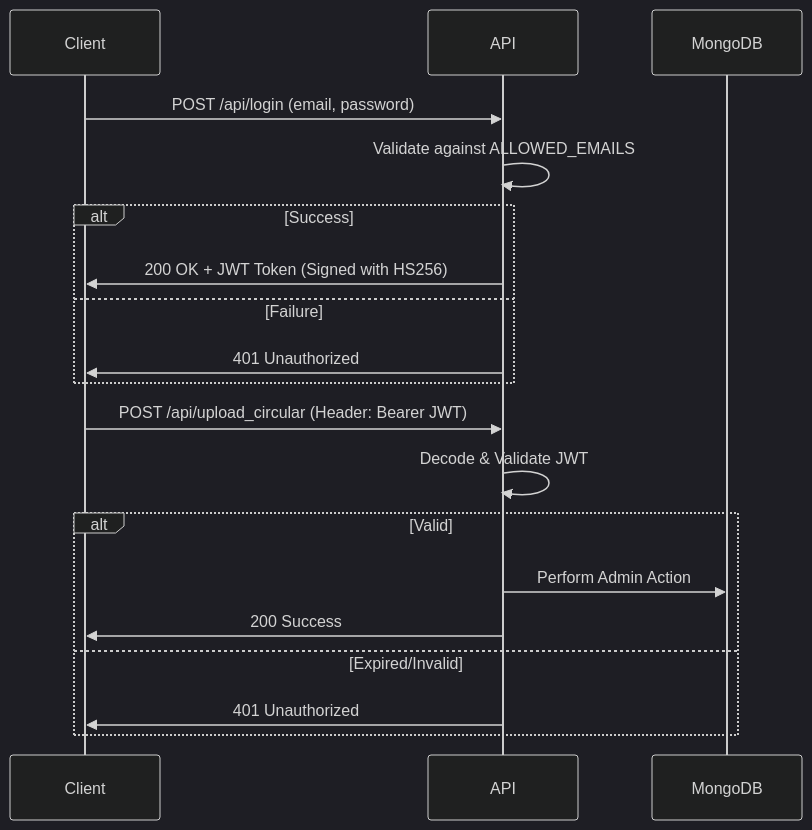
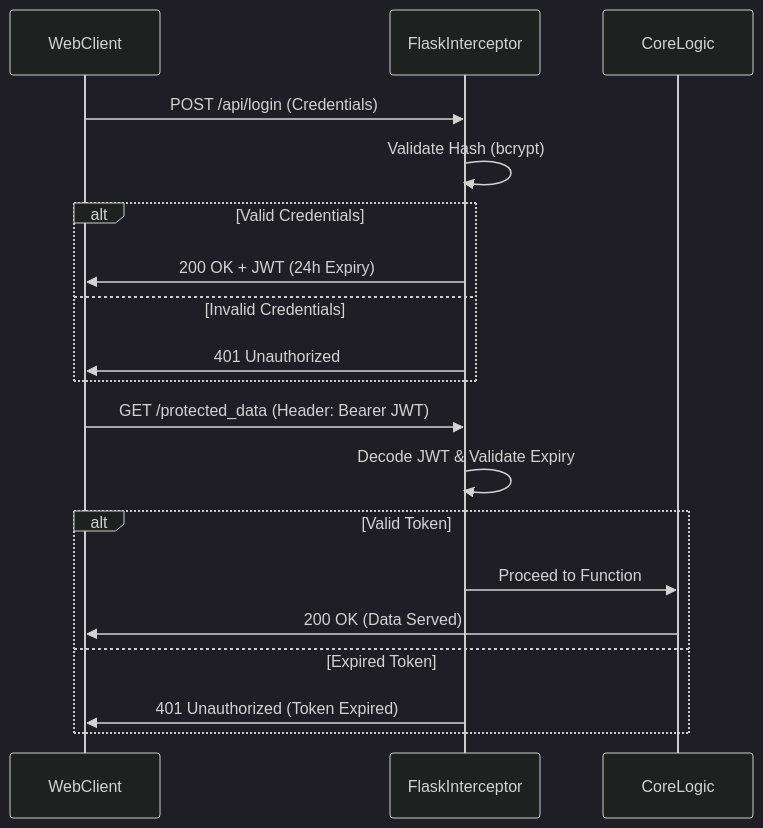
Before and after one commit to sandeep-kumar-270904/ANITS-Campus-AI-Assistant: the diagram in docs/03_API_and_Data.md, drawn with Mermaid (dark theme). The commit also changed other lines of this file and 4 other files, not shown here.

````diff
--- a/docs/03_API_and_Data.md
+++ b/docs/03_API_and_Data.md
@@ -47,23 +84,23 @@
 ```mermaid
 sequenceDiagram
-    participant Client
-    participant API
-    participant MongoDB
+    participant WebClient
+    participant FlaskInterceptor
+    participant CoreLogic
     
-    Client->>API: POST /api/login (email, password)
-    API->>API: Validate against ALLOWED_EMAILS
-    alt Success
-        API->>Client: 200 OK + JWT Token (Signed with HS256)
-    else Failure
-        API->>Client: 401 Unauthorized
+    WebClient->>FlaskInterceptor: POST /api/login (Credentials)
+    FlaskInterceptor->>FlaskInterceptor: Validate Hash (bcrypt)
+    alt Valid Credentials
+        FlaskInterceptor->>WebClient: 200 OK + JWT (24h Expiry)
+    else Invalid Credentials
+        FlaskInterceptor->>WebClient: 401 Unauthorized
     end
     
-    Client->>API: POST /api/upload_circular (Header: Bearer JWT)
-    API->>API: Decode & Validate JWT
-    alt Valid
-        API->>MongoDB: Perform Admin Action
-        API->>Client: 200 Success
-    else Expired/Invalid
-        API->>Client: 401 Unauthorized
+    WebClient->>FlaskInterceptor: GET /protected_data (Header: Bearer JWT)
+    FlaskInterceptor->>FlaskInterceptor: Decode JWT & Validate Expiry
+    alt Valid Token
+        FlaskInterceptor->>CoreLogic: Proceed to Function
+        CoreLogic->>WebClient: 200 OK (Data Served)
+    else Expired Token
+        FlaskInterceptor->>WebClient: 401 Unauthorized (Token Expired)
     end
 ```
````
